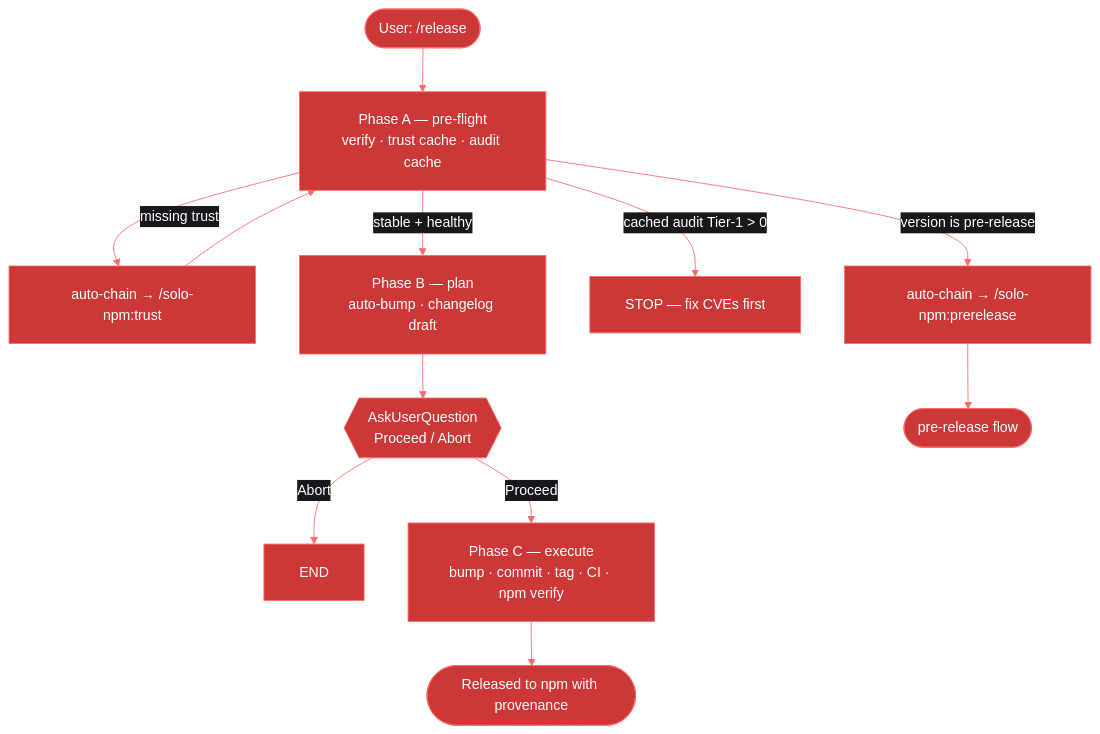
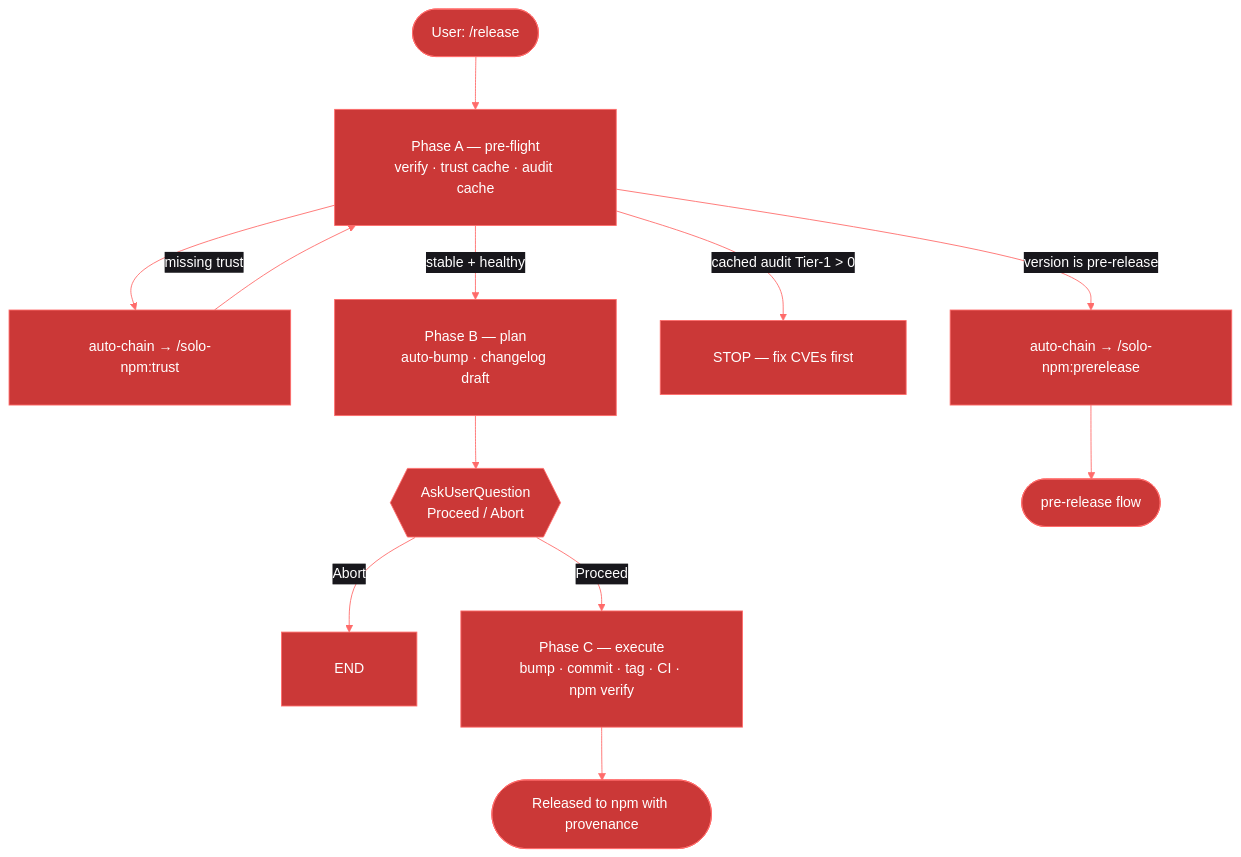
One commit to gagle/solo-npm changed the fifth of 5 diagrams in README.md. Above: the diagram before and after it, drawn with Mermaid. The commit also changed other lines of this file and 5 other files, not shown here.

First line of the commit message:
docs: drop out-of-scope section + give diagrams more breathing room

````diff
--- a/README.md
+++ b/README.md
@@ -594,31 +593,31 @@
 ```mermaid
 %%{init: {'theme':'base','themeVariables':{
   'primaryColor':'#cb3837',
   'primaryTextColor':'#ffffff',
   'primaryBorderColor':'#ff6b6a',
   'lineColor':'#ff6b6a',
   'secondaryColor':'#a02320',
   'tertiaryColor':'#7d1c1a',
   'background':'#111114',
   'mainBkg':'#cb3837',
   'secondBkg':'#a02320',
   'tertiaryBkg':'#2c2a32',
   'clusterBkg':'#18171c',
   'clusterBorder':'#56555b',
   'titleColor':'#ff6b6a',
   'edgeLabelBackground':'#18171c',
   'fontFamily':'ui-monospace, monospace'
-},'flowchart':{'padding':20,'subGraphTitleMargin':{'top':15,'bottom':15}}}}%%
+},'flowchart':{'padding':30,'nodeSpacing':50,'rankSpacing':60,'subGraphTitleMargin':{'top':25,'bottom':25}}}}%%
 flowchart TD
     start(["User: /release"]) --> phaseA["Phase A — pre-flight<br/>verify · trust cache · audit cache"]
     phaseA -->|missing trust| toTrust["auto-chain → /solo-npm:trust"]
     phaseA -->|version is pre-release| toPre["auto-chain → /solo-npm:prerelease"]
     phaseA -->|cached audit Tier-1 &gt; 0| stop1["STOP — fix CVEs first"]
     phaseA -->|stable + healthy| phaseB["Phase B — plan<br/>auto-bump · changelog draft"]
     phaseB --> ask{{"AskUserQuestion<br/>Proceed / Abort"}}
     ask -->|Abort| stop2["END"]
     ask -->|Proceed| phaseC["Phase C — execute<br/>bump · commit · tag · CI · npm verify"]
     phaseC --> done(["Released to npm with provenance"])
     toTrust --> phaseA
     toPre --> end3(["pre-release flow"])
 ```
````
